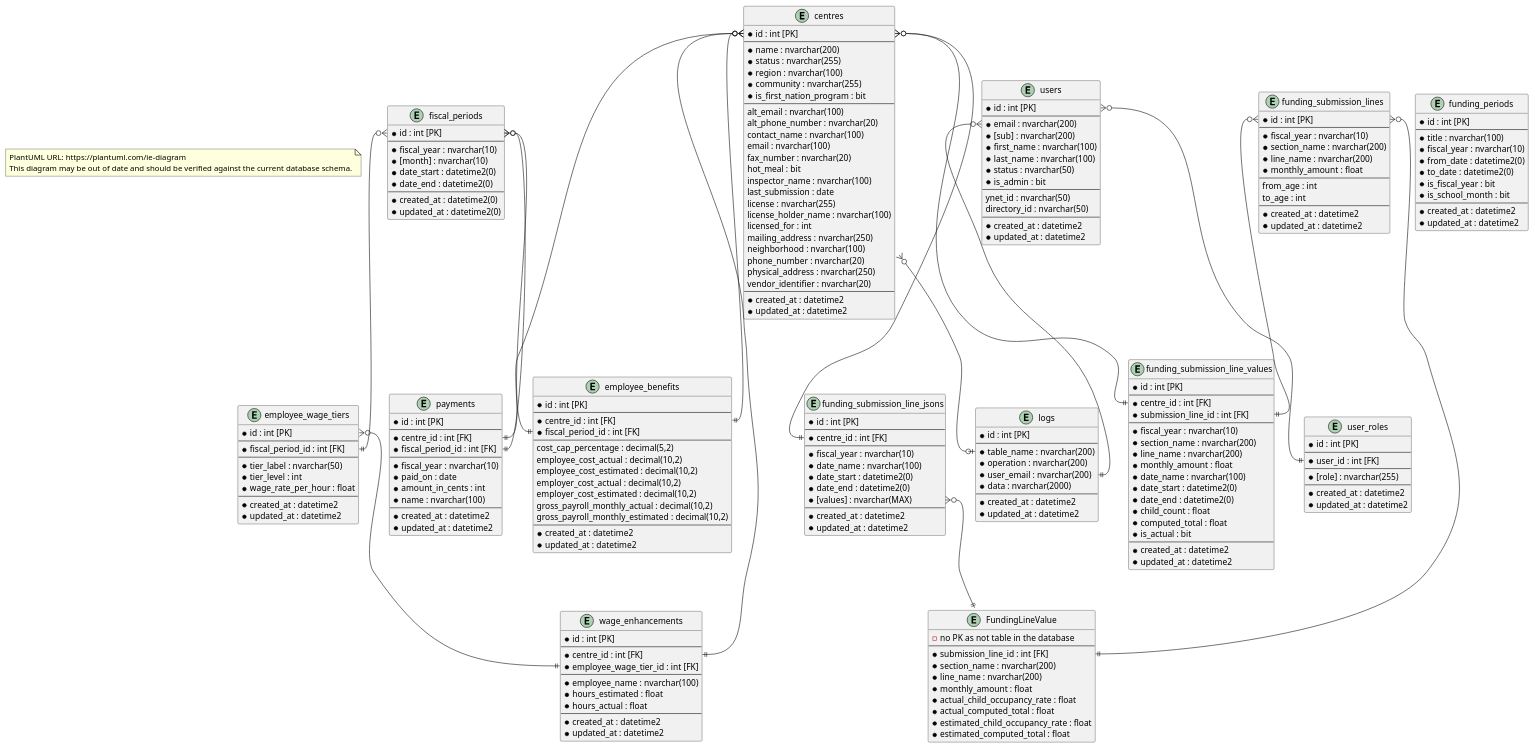
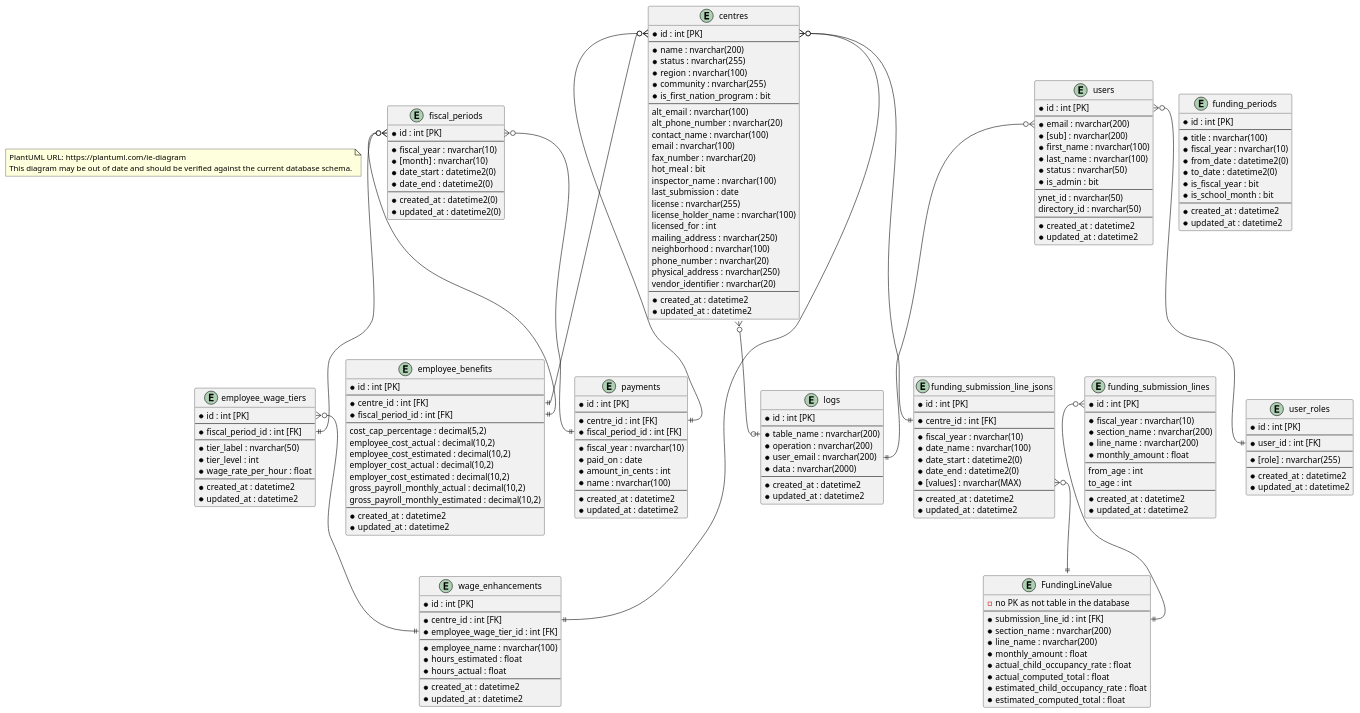
The diagram in _Design/Entity Relationship Diagrams.wsd (ytgov/elcc-data-management), drawn with PlantUML before and after one commit. The commit also changed 1 other file, not shown here.

Commit message:
:tophat: Updated Entity Relationship Diagrams.
funding_submission_line_values table has been removed because it was not in use.

```diff
--- a/_Design/Entity Relationship Diagrams.wsd
+++ b/_Design/Entity Relationship Diagrams.wsd
@@ -122,28 +122,6 @@
   * estimated_computed_total : float
 }
 
-' This table is not in use currently.
-entity "funding_submission_line_values" {
-  * id : int [PK]
-  --
-  * centre_id : int [FK]
-  * submission_line_id : int [FK]
-  --
-  * fiscal_year : nvarchar(10)
-  * section_name : nvarchar(200)
-  * line_name : nvarchar(200)
-  * monthly_amount : float
-  * date_name : nvarchar(100)
-  * date_start : datetime2(0)
-  * date_end : datetime2(0)
-  * child_count : float
-  * computed_total : float
-  * is_actual : bit
-  --
-  * created_at : datetime2
-  * updated_at : datetime2
-}
-
 entity "funding_submission_lines" {
   * id : int [PK]
   --
@@ -232,7 +210,6 @@
 ' Relationships
 centres::id }o--|| employee_benefits::centre_id
 centres::id }o--|| funding_submission_line_jsons::centre_id
-centres::id }o--|| funding_submission_line_values::centre_id
 centres::id }o--|| payments::centre_id
 centres::id }o--|| wage_enhancements::centre_id
 centres }o--o| logs::table_name
@@ -242,7 +219,6 @@
 fiscal_periods::id }o--|| payments::fiscal_period_id
 funding_submission_line_jsons::values }o--|| FundingLineValue
 funding_submission_lines::id }o--|| FundingLineValue::submission_line_id
-funding_submission_lines::id }o--|| funding_submission_line_values::submission_line_id
 users::id }o--|| user_roles::user_id
 users::email }o--|| logs::user_email
 @enduml
```
